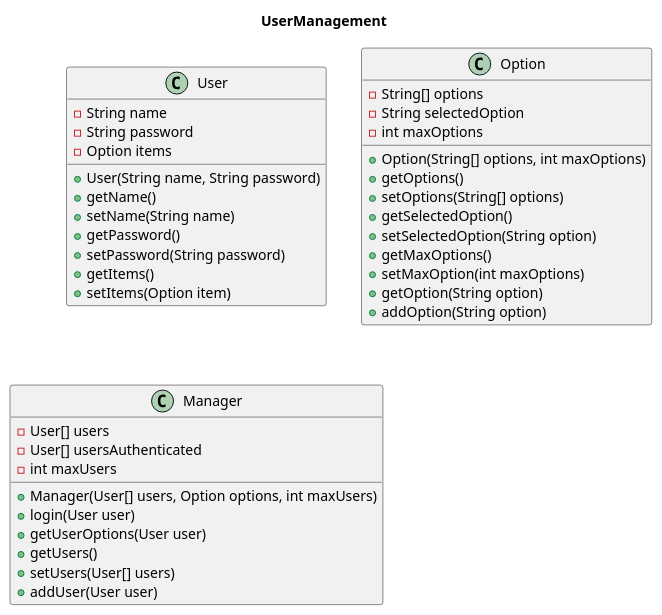
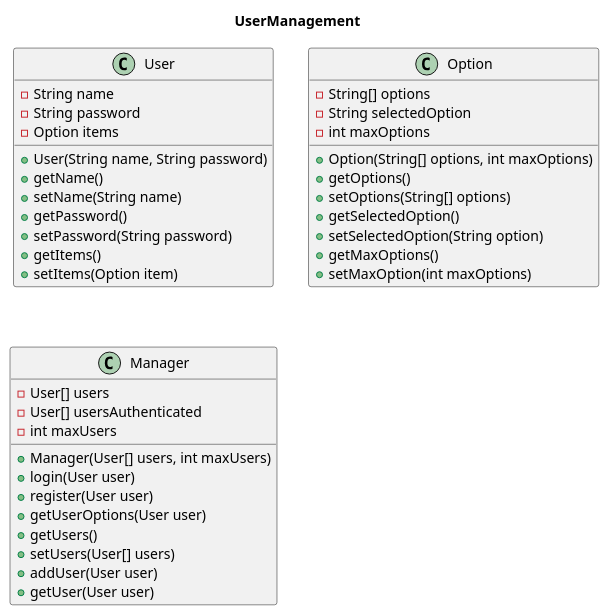
Before and after one commit to mmasias/progra2-22-23: the diagram in ejercicios/entregas/josueMerino/EX002UserManagement/docs/UserManagement.puml, drawn with PlantUML. The commit also changed 3 other files, not shown here.

Commit message:
feature: adding some work, Option and Manager class created

```diff
--- a/ejercicios/entregas/josueMerino/EX002UserManagement/docs/UserManagement.puml
+++ b/ejercicios/entregas/josueMerino/EX002UserManagement/docs/UserManagement.puml
@@ -1,43 +1,43 @@
 @startuml
 title UserManagement
 
 class User {
     - String name
     - String password
     - Option items
     + User(String name, String password)
     + getName()
     + setName(String name)
     + getPassword()
     + setPassword(String password)
     + getItems()
     + setItems(Option item)
 }
 
 class Option {
     - String[] options
     - String selectedOption
     - int maxOptions
     + Option(String[] options, int maxOptions)
     + getOptions()
     + setOptions(String[] options)
     + getSelectedOption()
     + setSelectedOption(String option)
     + getMaxOptions()
     + setMaxOption(int maxOptions)
-    + getOption(String option)
-    + addOption(String option)
 }
 
 class Manager {
     - User[] users
     - User[] usersAuthenticated
     - int maxUsers
-    + Manager(User[] users, Option options, int maxUsers)
+    + Manager(User[] users, int maxUsers)
     + login(User user)
+    + register(User user)
     + getUserOptions(User user)
     + getUsers()
     + setUsers(User[] users)
     + addUser(User user)
+    + getUser(User user)
 }
 @enduml
```
